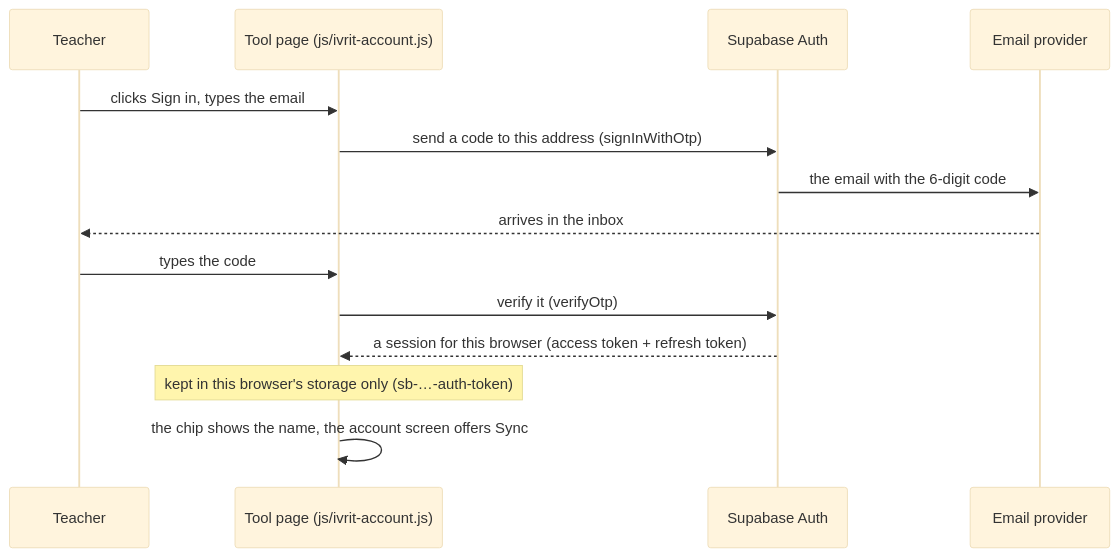
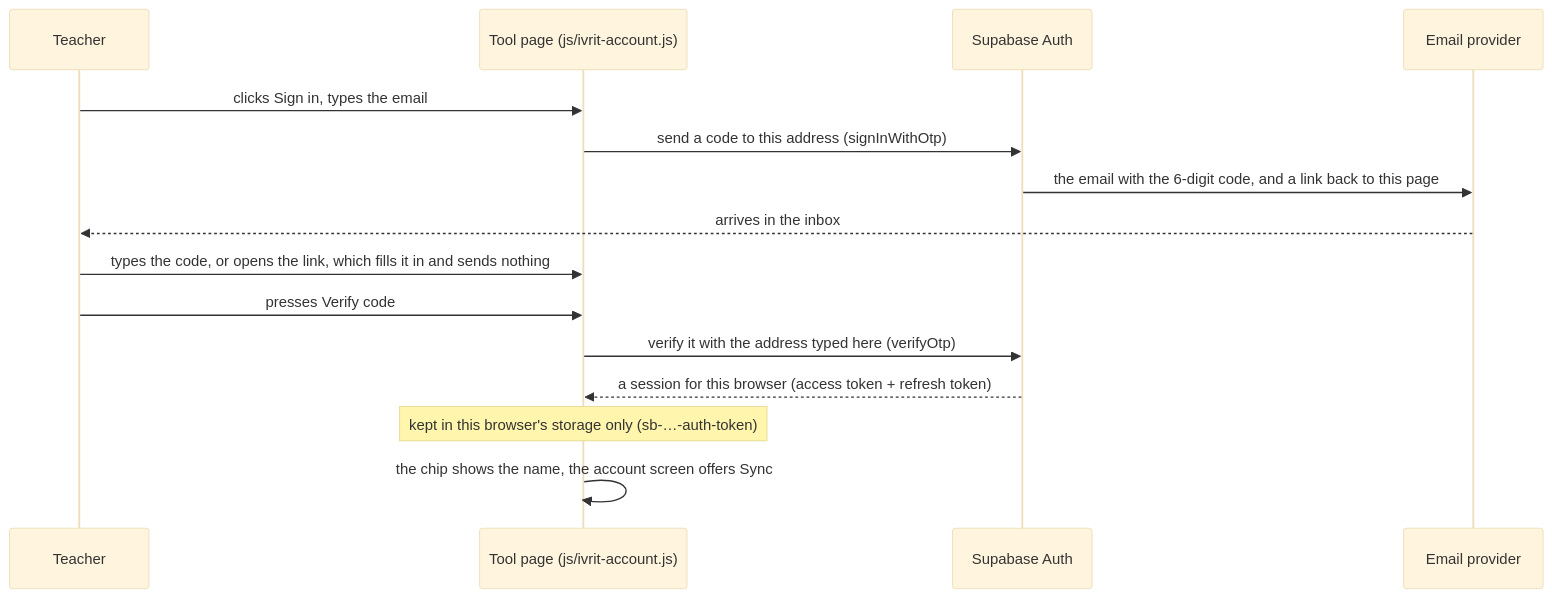
Before and after one commit to Hbleiberg/Hebrew_Blender: the second of 4 diagrams in docs/backend-architecture.md, drawn with Mermaid (base theme). The commit also changed other lines of this file and 28 other files, not shown here.

````diff
--- a/docs/backend-architecture.md
+++ b/docs/backend-architecture.md
@@ -87,16 +87,17 @@
 ```mermaid
 sequenceDiagram
   participant T as Teacher
   participant P as Tool page (js/ivrit-account.js)
   participant A as Supabase Auth
   participant M as Email provider
   T->>P: clicks Sign in, types the email
   P->>A: send a code to this address (signInWithOtp)
-  A->>M: the email with the 6-digit code
+  A->>M: the email with the 6-digit code, and a link back to this page
   M-->>T: arrives in the inbox
-  T->>P: types the code
-  P->>A: verify it (verifyOtp)
+  T->>P: types the code, or opens the link, which fills it in and sends nothing
+  T->>P: presses Verify code
+  P->>A: verify it with the address typed here (verifyOtp)
   A-->>P: a session for this browser (access token + refresh token)
   Note over P: kept in this browser's storage only (sb-…-auth-token)
   P->>P: the chip shows the name, the account screen offers Sync
 ```
````
